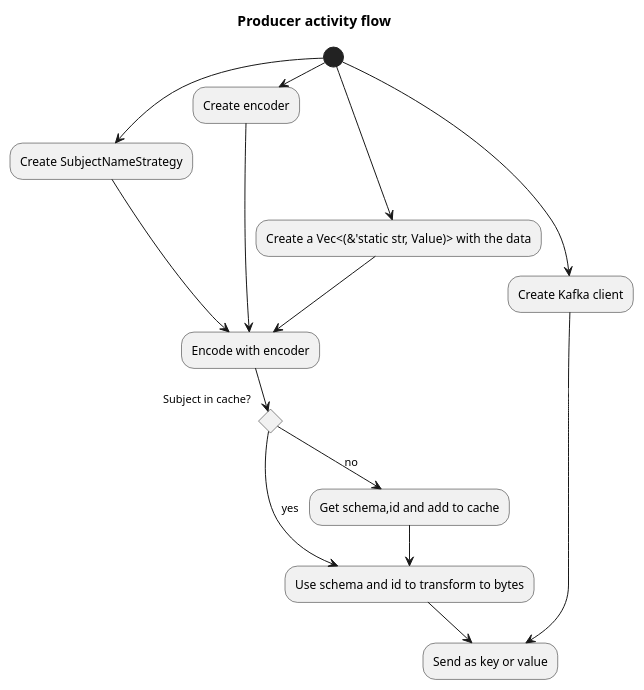
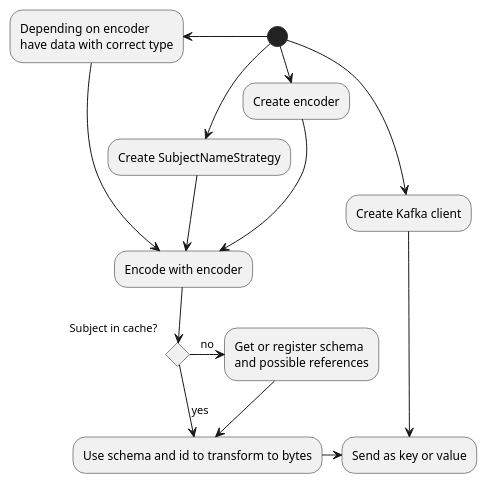
One commit to gklijs/schema_registry_converter changed the diagram in uml/producer.puml. Above: the diagram before and after it, drawn with PlantUML. The commit also changed 6 other files, not shown here.

```diff
--- a/uml/producer.puml
+++ b/uml/producer.puml
@@ -1,21 +1,20 @@
 @startuml
-title Producer activity flow
 
 (*) -> "Create encoder"
-(*) ---> "Create Kafka client"
-(*) -> "Create SubjectNameStrategy"
-(*) ---> "Create a Vec<(&'static str, Value)> with the data"
-"Create encoder" --> "Encode with encoder"
+(*) --> "Create Kafka client"
+(*) --> "Create SubjectNameStrategy"
+(*) -l-> "Depending on encoder\nhave data with correct type"
+"Create encoder" -> "Encode with encoder"
 "Create SubjectNameStrategy" --> "Encode with encoder"
-"Create a Vec<(&'static str, Value)> with the data" --> "Encode with encoder"
+"Depending on encoder\nhave data with correct type" --> "Encode with encoder"
 
 if "Subject in cache?" then
   -->[yes] "Use schema and id to transform to bytes"
 else
-  --> [no] "Get schema,id and add to cache"
-  "Get schema,id and add to cache" --> "Use schema and id to transform to bytes"
+  -r-> [no] "Get or register schema\nand possible references"
+  "Get or register schema\nand possible references" --> "Use schema and id to transform to bytes"
 endif
 
-"Use schema and id to transform to bytes" --> "Send as key or value"
+"Use schema and id to transform to bytes" -r-> "Send as key or value"
 "Create Kafka client" --> "Send as key or value"
 @enduml
```
